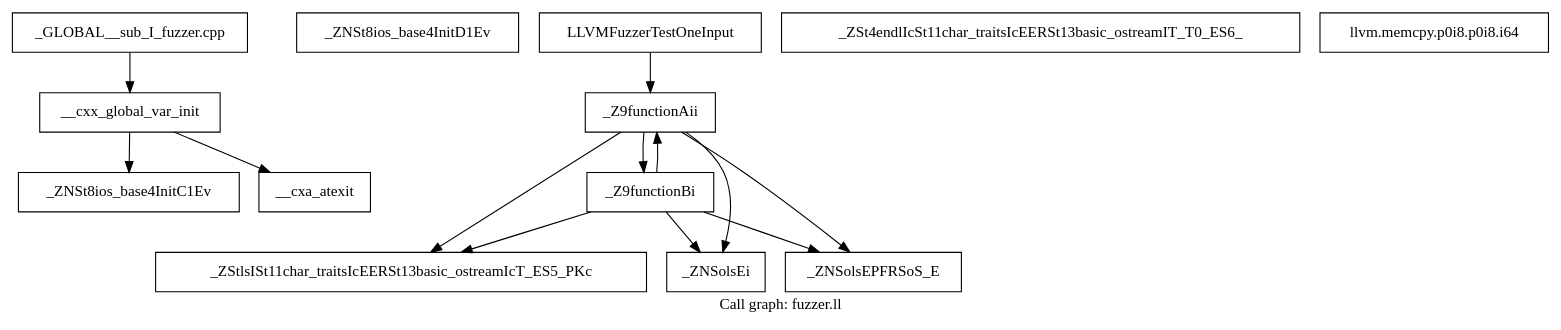
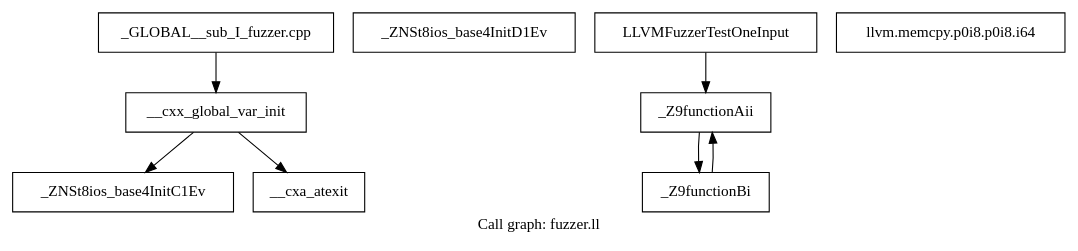
The diagram in dynamic_vis/example_1/work/fuzzer.ll.callgraph.dot (Crepuscule-v/fuzz-introspector), drawn with Graphviz before and after one commit. The commit also changed 67 other files, not shown here.

Commit message:
Initial completion of force oriented diagram drawing and coordination with front and back ends

```diff
--- a/dynamic_vis/example_1/work/fuzzer.ll.callgraph.dot
+++ b/dynamic_vis/example_1/work/fuzzer.ll.callgraph.dot
@@ -1,29 +1,19 @@
 digraph "Call graph: fuzzer.ll" {
 	label="Call graph: fuzzer.ll";
 
-	Node0x56255a59d410 [shape=record,label="{__cxx_global_var_init}"];
-	Node0x56255a59d410 -> Node0x56255a59d500;
-	Node0x56255a59d410 -> Node0x56255a59d9c0;
-	Node0x56255a59dad0 [shape=record,label="{_ZNSt8ios_base4InitD1Ev}"];
-	Node0x56255a59d9c0 [shape=record,label="{__cxa_atexit}"];
-	Node0x56255a59dc90 [shape=record,label="{_Z9functionAii}"];
-	Node0x56255a59dc90 -> Node0x56255a59dd10;
-	Node0x56255a59dc90 -> Node0x56255a59ddc0;
-	Node0x56255a59dc90 -> Node0x56255a59de40;
-	Node0x56255a59dc90 -> Node0x56255a59df70;
-	Node0x56255a59d500 [shape=record,label="{_ZNSt8ios_base4InitC1Ev}"];
-	Node0x56255a59ddc0 [shape=record,label="{_ZNSolsEi}"];
-	Node0x56255a59de40 [shape=record,label="{_ZNSolsEPFRSoS_E}"];
-	Node0x56255a59df70 [shape=record,label="{_Z9functionBi}"];
-	Node0x56255a59df70 -> Node0x56255a59dd10;
-	Node0x56255a59df70 -> Node0x56255a59ddc0;
-	Node0x56255a59df70 -> Node0x56255a59de40;
-	Node0x56255a59df70 -> Node0x56255a59dc90;
-	Node0x56255a59e1a0 [shape=record,label="{_ZSt4endlIcSt11char_traitsIcEERSt13basic_ostreamIT_T0_ES6_}"];
-	Node0x56255a59dd10 [shape=record,label="{_ZStlsISt11char_traitsIcEERSt13basic_ostreamIcT_ES5_PKc}"];
-	Node0x56255a59e510 [shape=record,label="{LLVMFuzzerTestOneInput}"];
-	Node0x56255a59e510 -> Node0x56255a59dc90;
-	Node0x56255a59e610 [shape=record,label="{_GLOBAL__sub_I_fuzzer.cpp}"];
-	Node0x56255a59e610 -> Node0x56255a59d410;
-	Node0x56255a59e590 [shape=record,label="{llvm.memcpy.p0i8.p0i8.i64}"];
+	Node0x55e10a4de2e0 [shape=record,label="{__cxx_global_var_init}"];
+	Node0x55e10a4de2e0 -> Node0x55e10a4de3d0;
+	Node0x55e10a4de2e0 -> Node0x55e10a4de890;
+	Node0x55e10a4de9a0 [shape=record,label="{_ZNSt8ios_base4InitD1Ev}"];
+	Node0x55e10a4de890 [shape=record,label="{__cxa_atexit}"];
+	Node0x55e10a4deb60 [shape=record,label="{_Z9functionAii}"];
+	Node0x55e10a4deb60 -> Node0x55e10a4debe0;
+	Node0x55e10a4de3d0 [shape=record,label="{_ZNSt8ios_base4InitC1Ev}"];
+	Node0x55e10a4debe0 [shape=record,label="{_Z9functionBi}"];
+	Node0x55e10a4debe0 -> Node0x55e10a4deb60;
+	Node0x55e10a4dee10 [shape=record,label="{LLVMFuzzerTestOneInput}"];
+	Node0x55e10a4dee10 -> Node0x55e10a4deb60;
+	Node0x55e10a4def40 [shape=record,label="{_GLOBAL__sub_I_fuzzer.cpp}"];
+	Node0x55e10a4def40 -> Node0x55e10a4de2e0;
+	Node0x55e10a4deec0 [shape=record,label="{llvm.memcpy.p0i8.p0i8.i64}"];
 }
```
